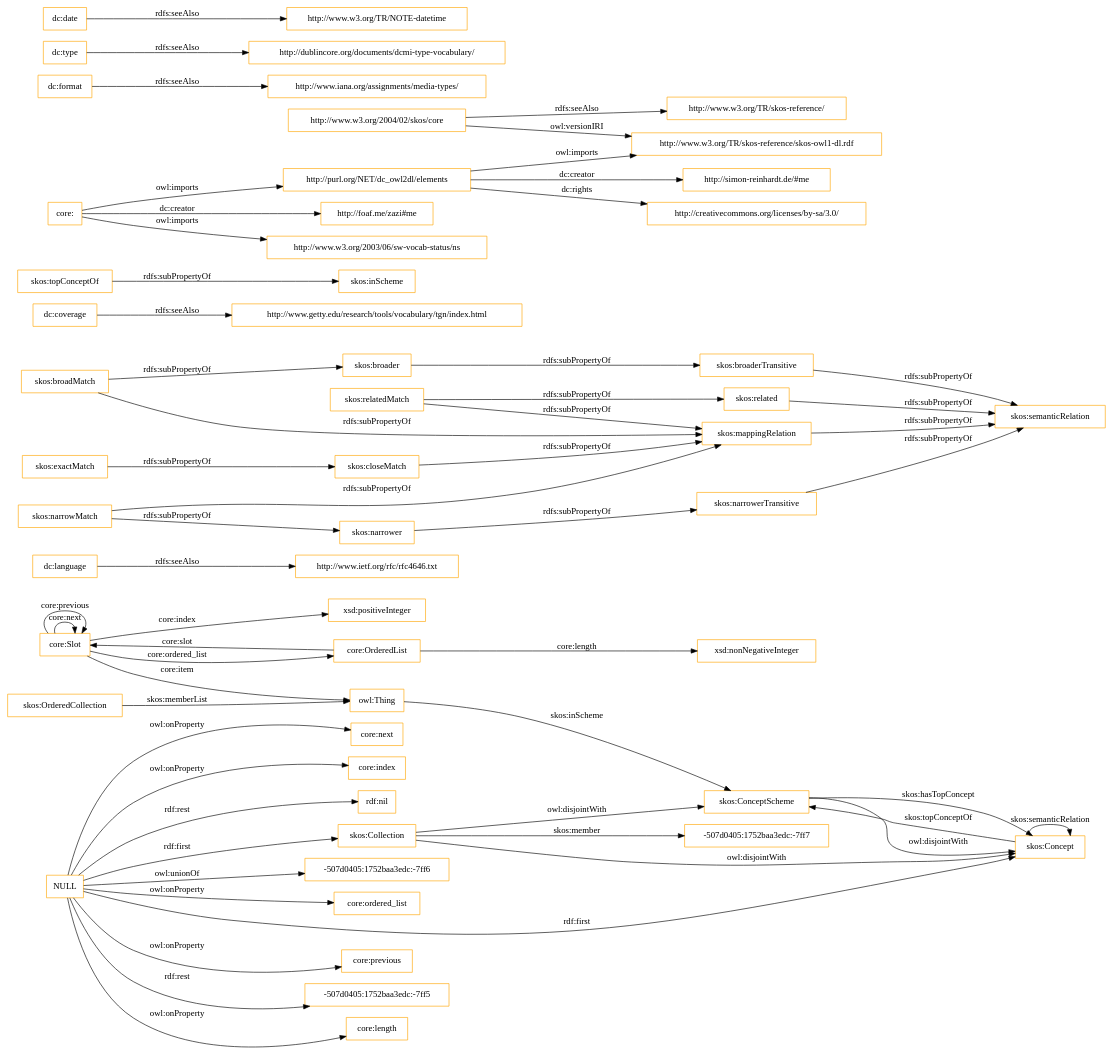
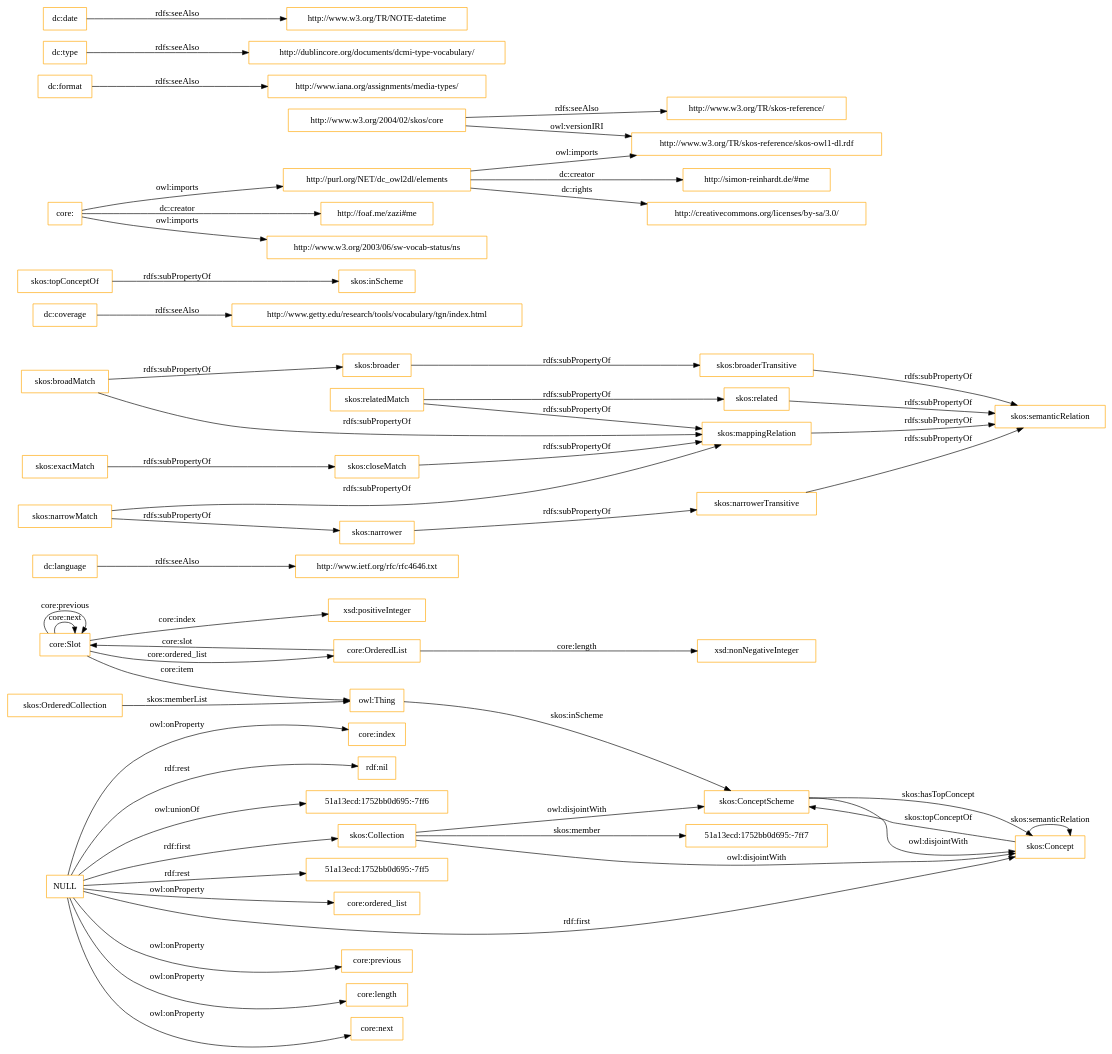
Before and after one commit to OnToologyUser/core-ontology-1: the diagram in OnToology/imports/core.owl/diagrams/ar2dtool-class/core.owl.png.dot, drawn with Graphviz. The commit also changed 14 other files, not shown here.

```diff
--- a/OnToology/imports/core.owl/diagrams/ar2dtool-class/core.owl.png.dot
+++ b/OnToology/imports/core.owl/diagrams/ar2dtool-class/core.owl.png.dot
@@ -1,60 +1,60 @@
 digraph ar2dtool_diagram { 
 rankdir=LR;
 size="1501"
-node [shape = rectangle, color="orange"]; "core:Slot" "core:OrderedList" "-507d0405:1752baa3edc:-7ff7" "skos:OrderedCollection" "skos:Collection" "skos:ConceptScheme" "skos:Concept" ; /*classes style*/
+node [shape = rectangle, color="orange"]; "core:Slot" "core:OrderedList" "51a13ecd:1752bb0d695:-7ff7" "skos:OrderedCollection" "skos:Collection" "skos:ConceptScheme" "skos:Concept" ; /*classes style*/
 	"dc:language" -> "http://www.ietf.org/rfc/rfc4646.txt" [ label = "rdfs:seeAlso" ];
 	"NULL" -> "core:previous" [ label = "owl:onProperty" ];
-	"NULL" -> "-507d0405:1752baa3edc:-7ff5" [ label = "rdf:rest" ];
 	"NULL" -> "core:length" [ label = "owl:onProperty" ];
 	"NULL" -> "skos:Concept" [ label = "rdf:first" ];
 	"NULL" -> "core:next" [ label = "owl:onProperty" ];
 	"NULL" -> "core:index" [ label = "owl:onProperty" ];
 	"NULL" -> "rdf:nil" [ label = "rdf:rest" ];
-	"NULL" -> "-507d0405:1752baa3edc:-7ff6" [ label = "owl:unionOf" ];
+	"NULL" -> "51a13ecd:1752bb0d695:-7ff6" [ label = "owl:unionOf" ];
+	"NULL" -> "51a13ecd:1752bb0d695:-7ff5" [ label = "rdf:rest" ];
 	"NULL" -> "core:ordered_list" [ label = "owl:onProperty" ];
 	"NULL" -> "skos:Collection" [ label = "rdf:first" ];
 	"skos:closeMatch" -> "skos:mappingRelation" [ label = "rdfs:subPropertyOf" ];
 	"dc:coverage" -> "http://www.getty.edu/research/tools/vocabulary/tgn/index.html" [ label = "rdfs:seeAlso" ];
 	"skos:relatedMatch" -> "skos:related" [ label = "rdfs:subPropertyOf" ];
 	"skos:relatedMatch" -> "skos:mappingRelation" [ label = "rdfs:subPropertyOf" ];
 	"skos:ConceptScheme" -> "skos:Concept" [ label = "owl:disjointWith" ];
 	"skos:related" -> "skos:semanticRelation" [ label = "rdfs:subPropertyOf" ];
 	"skos:topConceptOf" -> "skos:inScheme" [ label = "rdfs:subPropertyOf" ];
 	"skos:broadMatch" -> "skos:broader" [ label = "rdfs:subPropertyOf" ];
 	"skos:broadMatch" -> "skos:mappingRelation" [ label = "rdfs:subPropertyOf" ];
 	"http://purl.org/NET/dc_owl2dl/elements" -> "http://www.w3.org/TR/skos-reference/skos-owl1-dl.rdf" [ label = "owl:imports" ];
 	"http://purl.org/NET/dc_owl2dl/elements" -> "http://creativecommons.org/licenses/by-sa/3.0/" [ label = "dc:rights" ];
 	"http://purl.org/NET/dc_owl2dl/elements" -> "http://simon-reinhardt.de/#me" [ label = "dc:creator" ];
 	"skos:exactMatch" -> "skos:closeMatch" [ label = "rdfs:subPropertyOf" ];
 	"dc:format" -> "http://www.iana.org/assignments/media-types/" [ label = "rdfs:seeAlso" ];
 	"core:" -> "http://foaf.me/zazi#me" [ label = "dc:creator" ];
 	"core:" -> "http://www.w3.org/2003/06/sw-vocab-status/ns" [ label = "owl:imports" ];
 	"core:" -> "http://purl.org/NET/dc_owl2dl/elements" [ label = "owl:imports" ];
 	"skos:broaderTransitive" -> "skos:semanticRelation" [ label = "rdfs:subPropertyOf" ];
 	"skos:mappingRelation" -> "skos:semanticRelation" [ label = "rdfs:subPropertyOf" ];
 	"skos:broader" -> "skos:broaderTransitive" [ label = "rdfs:subPropertyOf" ];
 	"dc:type" -> "http://dublincore.org/documents/dcmi-type-vocabulary/" [ label = "rdfs:seeAlso" ];
 	"http://www.w3.org/2004/02/skos/core" -> "http://www.w3.org/TR/skos-reference/skos-owl1-dl.rdf" [ label = "owl:versionIRI" ];
 	"http://www.w3.org/2004/02/skos/core" -> "http://www.w3.org/TR/skos-reference/" [ label = "rdfs:seeAlso" ];
 	"skos:Collection" -> "skos:ConceptScheme" [ label = "owl:disjointWith" ];
 	"skos:Collection" -> "skos:Concept" [ label = "owl:disjointWith" ];
 	"skos:narrowMatch" -> "skos:narrower" [ label = "rdfs:subPropertyOf" ];
 	"skos:narrowMatch" -> "skos:mappingRelation" [ label = "rdfs:subPropertyOf" ];
 	"skos:narrower" -> "skos:narrowerTransitive" [ label = "rdfs:subPropertyOf" ];
 	"dc:date" -> "http://www.w3.org/TR/NOTE-datetime" [ label = "rdfs:seeAlso" ];
 	"skos:narrowerTransitive" -> "skos:semanticRelation" [ label = "rdfs:subPropertyOf" ];
 	"core:Slot" -> "xsd:positiveInteger" [ label = "core:index" ];
 	"skos:Concept" -> "skos:ConceptScheme" [ label = "skos:topConceptOf" ];
 	"core:Slot" -> "owl:Thing" [ label = "core:item" ];
 	"core:OrderedList" -> "xsd:nonNegativeInteger" [ label = "core:length" ];
 	"core:OrderedList" -> "core:Slot" [ label = "core:slot" ];
-	"skos:Collection" -> "-507d0405:1752baa3edc:-7ff7" [ label = "skos:member" ];
+	"skos:Collection" -> "51a13ecd:1752bb0d695:-7ff7" [ label = "skos:member" ];
 	"core:Slot" -> "core:Slot" [ label = "core:next" ];
 	"skos:ConceptScheme" -> "skos:Concept" [ label = "skos:hasTopConcept" ];
 	"owl:Thing" -> "skos:ConceptScheme" [ label = "skos:inScheme" ];
 	"core:Slot" -> "core:Slot" [ label = "core:previous" ];
 	"skos:OrderedCollection" -> "owl:Thing" [ label = "skos:memberList" ];
 	"skos:Concept" -> "skos:Concept" [ label = "skos:semanticRelation" ];
 	"core:Slot" -> "core:OrderedList" [ label = "core:ordered_list" ];
 
 }
```
